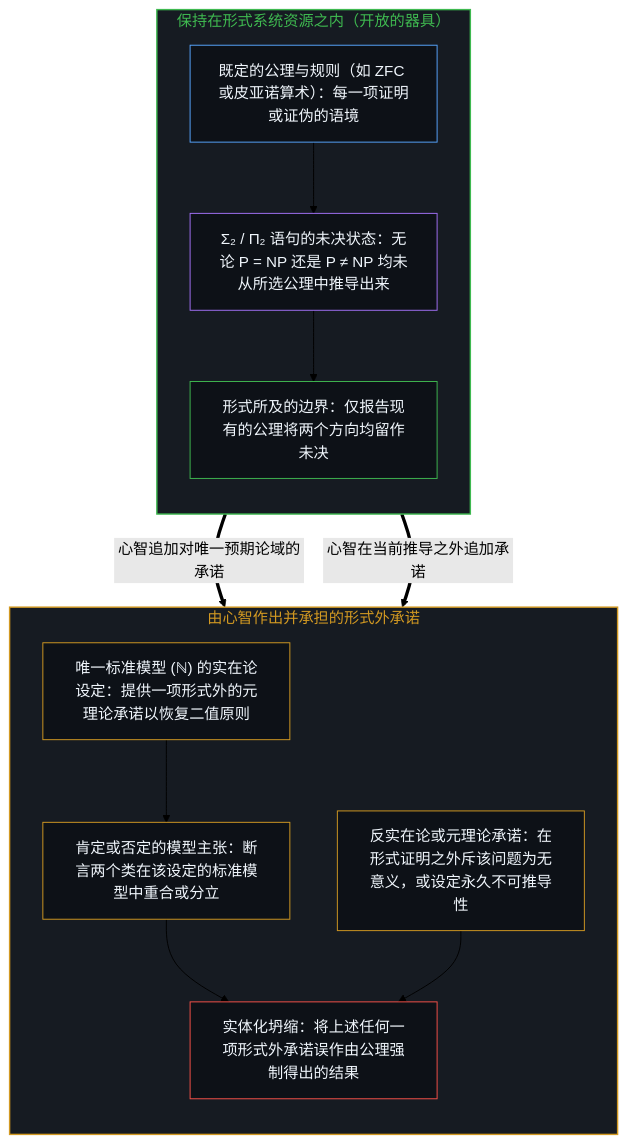
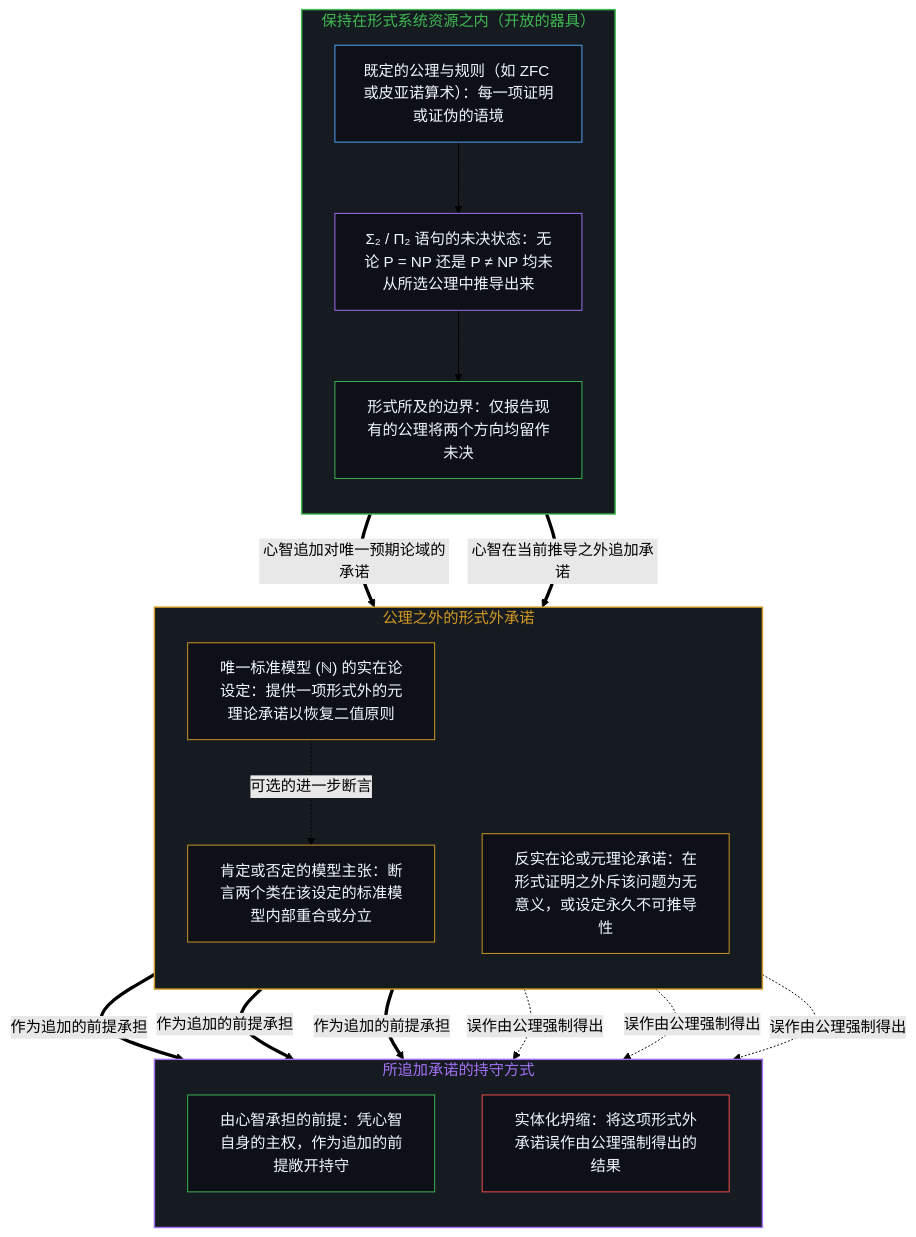
Before and after one commit to powerpig99/not-a-toe: the third of 4 diagrams in content/posts/on-the-boundaries-of-what-can-be-said-about-p-and-np.md, drawn with Mermaid (forest theme). The commit also changed other lines of this file and 4 other files, not shown here.

````diff
--- a/content/posts/on-the-boundaries-of-what-can-be-said-about-p-and-np.md
+++ b/content/posts/on-the-boundaries-of-what-can-be-said-about-p-and-np.md
@@ -83,31 +83,41 @@
 ```mermaid
 flowchart TD
     subgraph S_Formal["保持在形式系统资源之内（开放的器具）"]
         direction TB
         Ax["既定的公理与规则（如 ZFC 或皮亚诺算术）：每一项证明或证伪的语境"]
         Ind["Σ₂ / Π₂ 语句的未决状态：无论 P = NP 还是 P ≠ NP 均未从所选公理中推导出来"]
         Bound["形式所及的边界：仅报告现有的公理将两个方向均留作未决"]
         Ax --> Ind --> Bound
     end
-    subgraph S_Depart["由心智作出并承担的形式外承诺"]
+    subgraph S_Depart["公理之外的形式外承诺"]
         direction TB
         Posit["唯一标准模型 (ℕ) 的实在论设定：提供一项形式外的元理论承诺以恢复二值原则"]
-        Claim1["肯定或否定的模型主张：断言两个类在该设定的标准模型中重合或分立"]
+        Claim1["肯定或否定的模型主张：断言两个类在该设定的标准模型内部重合或分立"]
         Claim2["反实在论或元理论承诺：在形式证明之外斥该问题为无意义，或设定永久不可推导性"]
-        Collapse["实体化坍缩：将上述任何一项形式外承诺误作由公理强制得出的结果"]
-        Posit --> Claim1
-        Claim1 --> Collapse
-        Claim2 --> Collapse
+        Posit -.->|"可选的进一步断言"| Claim1
+    end
+    subgraph S_Stance["所追加承诺的持守方式"]
+        direction TB
+        Borne["由心智承担的前提：凭心智自身的主权，作为追加的前提敞开持守"]
+        Collapse["实体化坍缩：将这项形式外承诺误作由公理强制得出的结果"]
     end
     Bound ==>|"心智追加对唯一预期论域的承诺"| Posit
     Bound ==>|"心智在当前推导之外追加承诺"| Claim2
+    Posit ==>|"作为追加的前提承担"| Borne
+    Claim1 ==>|"作为追加的前提承担"| Borne
+    Claim2 ==>|"作为追加的前提承担"| Borne
+    Posit -.->|"误作由公理强制得出"| Collapse
+    Claim1 -.->|"误作由公理强制得出"| Collapse
+    Claim2 -.->|"误作由公理强制得出"| Collapse
     style S_Formal fill:#161b22,stroke:#3fb950,stroke-width:1.5px,color:#3fb950
     style S_Depart fill:#161b22,stroke:#d29922,stroke-width:1.5px,color:#d29922
+    style S_Stance fill:#161b22,stroke:#a371f7,stroke-width:1.5px,color:#a371f7
     style Ax fill:#0d1117,stroke:#58a6ff,stroke-width:1px,color:#f0f6fc
     style Ind fill:#0d1117,stroke:#a371f7,stroke-width:1px,color:#f0f6fc
     style Bound fill:#0d1117,stroke:#3fb950,stroke-width:1px,color:#f0f6fc
     style Posit fill:#0d1117,stroke:#d29922,stroke-width:1px,color:#f0f6fc
     style Claim1 fill:#0d1117,stroke:#d29922,stroke-width:1px,color:#f0f6fc
     style Claim2 fill:#0d1117,stroke:#d29922,stroke-width:1px,color:#f0f6fc
+    style Borne fill:#0d1117,stroke:#3fb950,stroke-width:1px,color:#f0f6fc
     style Collapse fill:#0d1117,stroke:#f85149,stroke-width:1px,color:#f0f6fc
 ```
````
